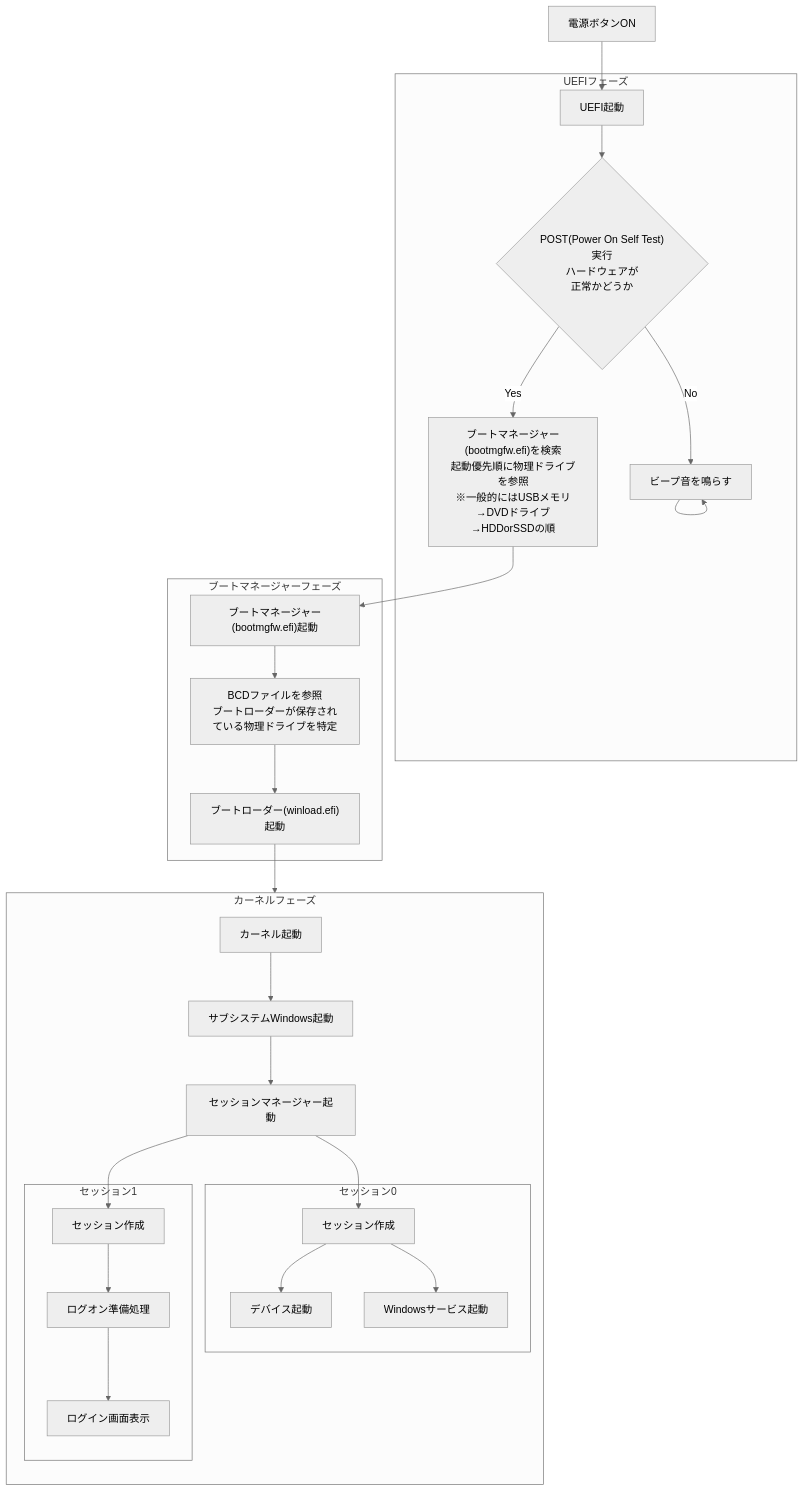
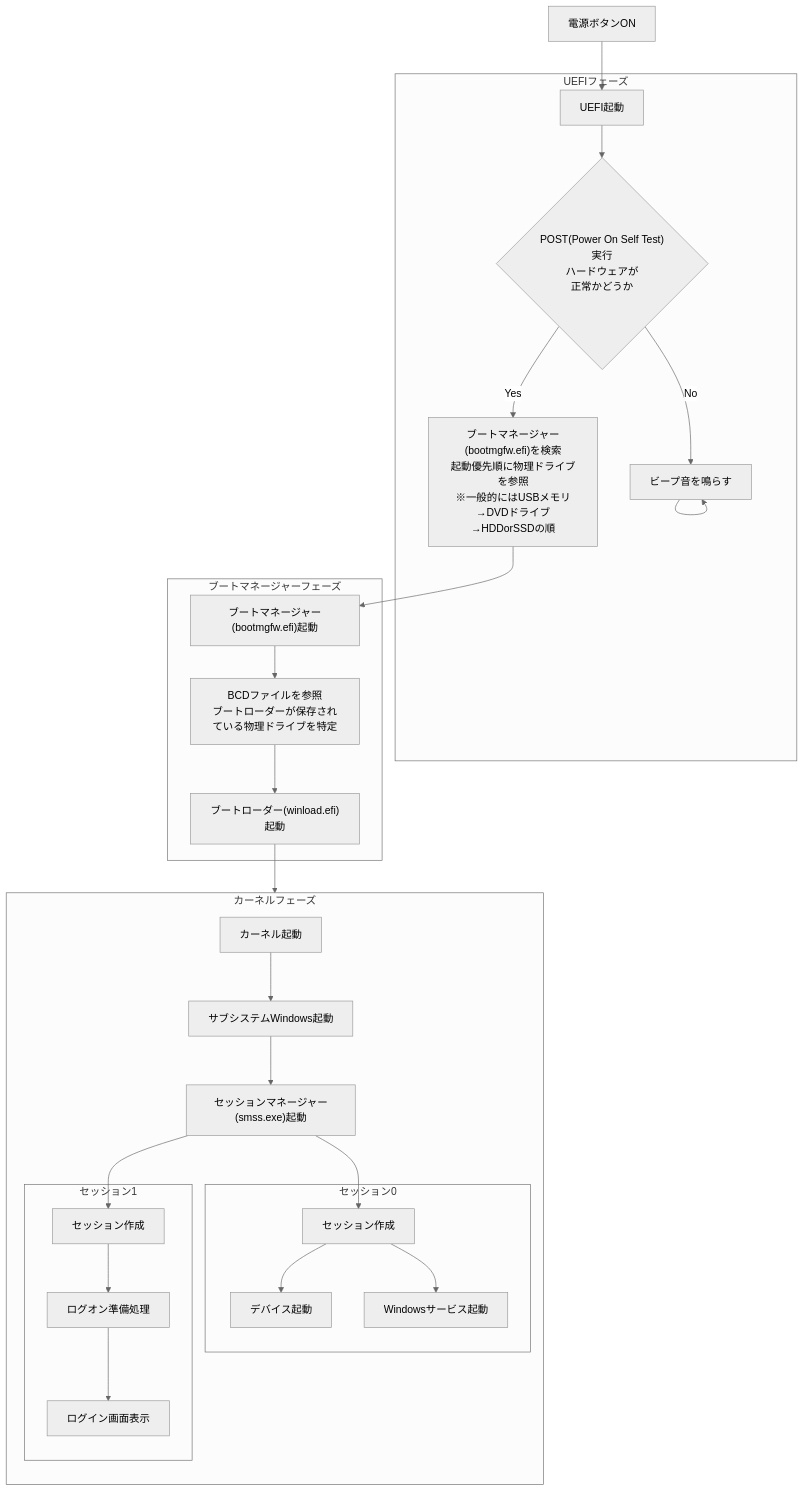
One commit to kaotue3340/memo changed the diagram in doc/computer.md. Above: the diagram before and after it, drawn with Mermaid (neutral theme). The commit also changed other lines of this file, not shown here.

````diff
--- a/doc/computer.md
+++ b/doc/computer.md
@@ -1,36 +1,36 @@
 ```mermaid
 flowchart TD
   A1["電源ボタンON"]-->B1
 　subgraph UEFIフェーズ
   B1["UEFI起動"]-->
   B3{"POST(Power On Self Test)実行\nハードウェアが\n正常かどうか"} -->|Yes| C1[OK]
   B3 -->|No| B9[ビープ音を鳴らす] --> B9
   end
   subgraph ブートマネージャーフェーズ
   C1["ブートマネージャー(bootmgfw.efi)を検索\n起動優先順に物理ドライブを参照\n※一般的にはUSBメモリ→DVDドライブ→HDDorSSDの順"]-->
   C2["ブートマネージャー(bootmgfw.efi)起動"]-->
   C3["BCDファイルを参照\nブートローダーが保存されている物理ドライブを特定"]-->D1
   end
   subgraph カーネルフェーズ
   D1["ブートローダー(winload.efi)起動"]-->
   D2["カーネル起動"]--> 
   D3["サブシステムWindows起動"]-->
-  D4["セッションマネージャー起動"]
+  D4["セッションマネージャー(smss.exe)起動"]
   D4-->DD1
   D4-->DD2
     direction TB
     subgraph セッション0
       DD1["セッション作成"]
       DD1-->DD1-1
       DD1-->DD1-2
       DD1-1["デバイス起動"]
       DD1-2["Windowsサービス起動"]
     end
     subgraph セッション1
       DD2["セッション作成"]-->
       DD2-1["ログオン準備処理"]--> 
       DD2-2["ログイン画面表示"]
     end
   end
 
 ```
````
